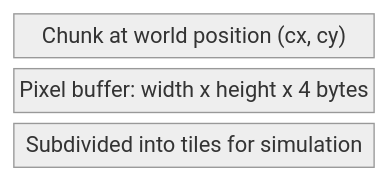
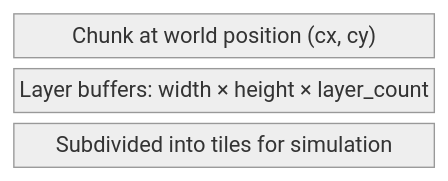
The second of 4 diagrams in docs/arhitecture/foundational/spatial-hierarchy.md (api-haus/bevy_pixel_world), drawn with Mermaid (neutral theme) before and after one commit. The commit also changed other lines of this file and 11 other files, not shown here.

First line of the commit message:
docs: add layer storage architecture and refine modularity docs

````diff
--- a/docs/arhitecture/foundational/spatial-hierarchy.md
+++ b/docs/arhitecture/foundational/spatial-hierarchy.md
@@ -40,7 +40,7 @@
 ```mermaid
 block-beta
     columns 1
     A["Chunk at world position (cx, cy)"]:1
-    B["Pixel buffer: width x height x 4 bytes"]:1
+    B["Layer buffers: width × height × layer_count"]:1
     C["Subdivided into tiles for simulation"]:1
 ```
````
